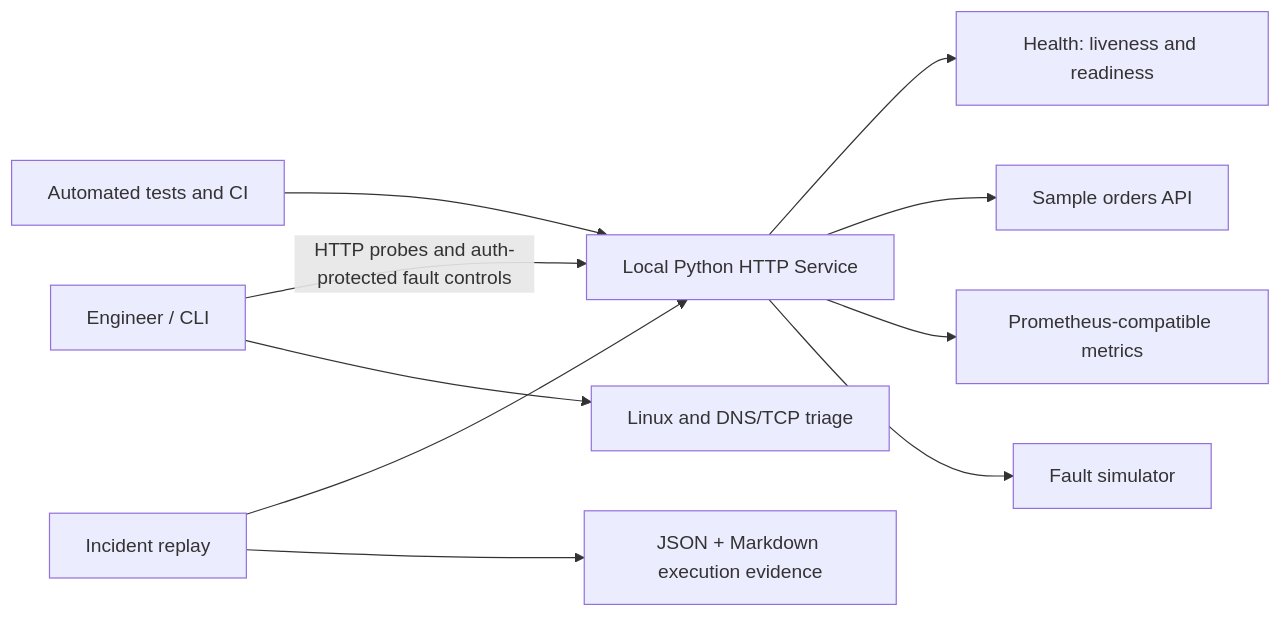
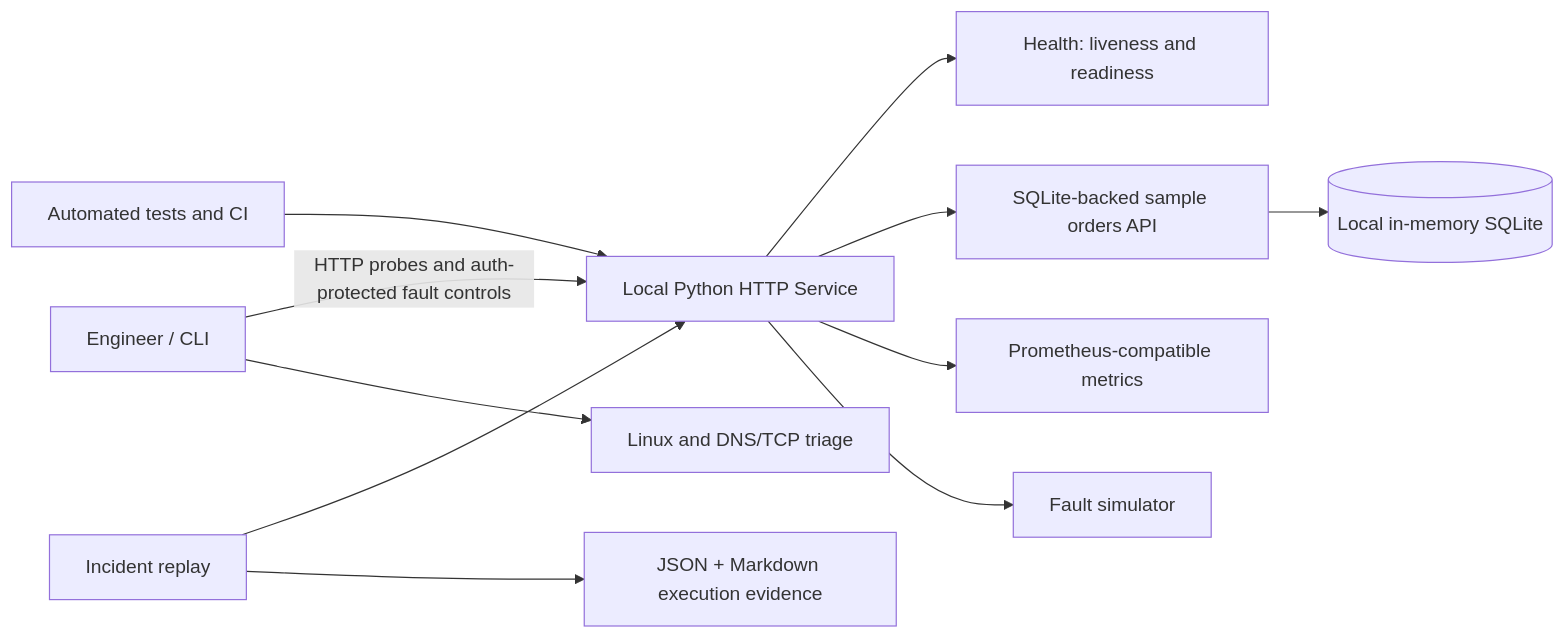
The diagram in README.md (JamieChristian22/cloud-infrastructure-troubleshooting-lab), drawn with Mermaid before and after one commit. The commit also changed other lines of this file and 20 other files, not shown here.

````diff
--- a/README.md
+++ b/README.md
@@ -35,12 +35,13 @@
 ```mermaid
 flowchart LR
   operator[Engineer / CLI] -->|HTTP probes and auth-protected fault controls| api[Local Python HTTP Service]
   api --> readiness[Health: liveness and readiness]
-  api --> order[Sample orders API]
+  api --> order[SQLite-backed sample orders API]
+  order --> sqlite[(Local in-memory SQLite)]
   api --> metrics[Prometheus-compatible metrics]
   api --> faults[Fault simulator]
   operator --> triage[Linux and DNS/TCP triage]
   tests[Automated tests and CI] --> api
   replay[Incident replay] --> api
   replay --> evidence[JSON + Markdown execution evidence]
 ```
````
